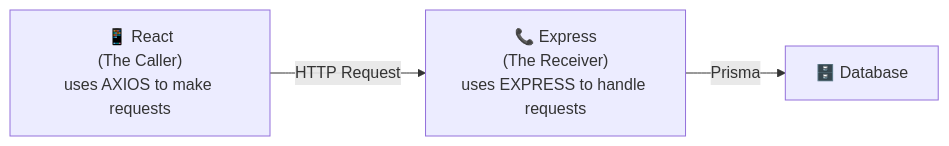
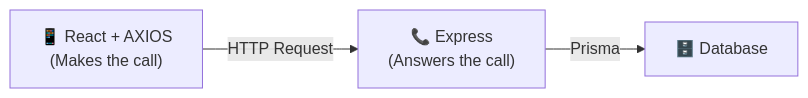
Before and after one commit to Nimsika-Bosilu/designHer_2.0-Student-Attendance-Management-System: the tenth of 10 diagrams in frontend/README.md, drawn with Mermaid. The commit also changed other lines of this file, not shown here.

Commit message:
docs: add frontend implementation guide and architectural documentation for React integration

````diff
--- a/frontend/README.md
+++ b/frontend/README.md
@@ -556,5 +522,5 @@
 ```mermaid
 flowchart LR
-    A["📱 React\n(The Caller)\nuses AXIOS to make requests"] -->|"HTTP Request"| B["📞 Express\n(The Receiver)\nuses EXPRESS to handle requests"]
+    A["📱 React + AXIOS\n(Makes the call)"] -->|"HTTP Request"| B["📞 Express\n(Answers the call)"]
     B -->|"Prisma"| C["🗄️ Database"]
 ```
````
